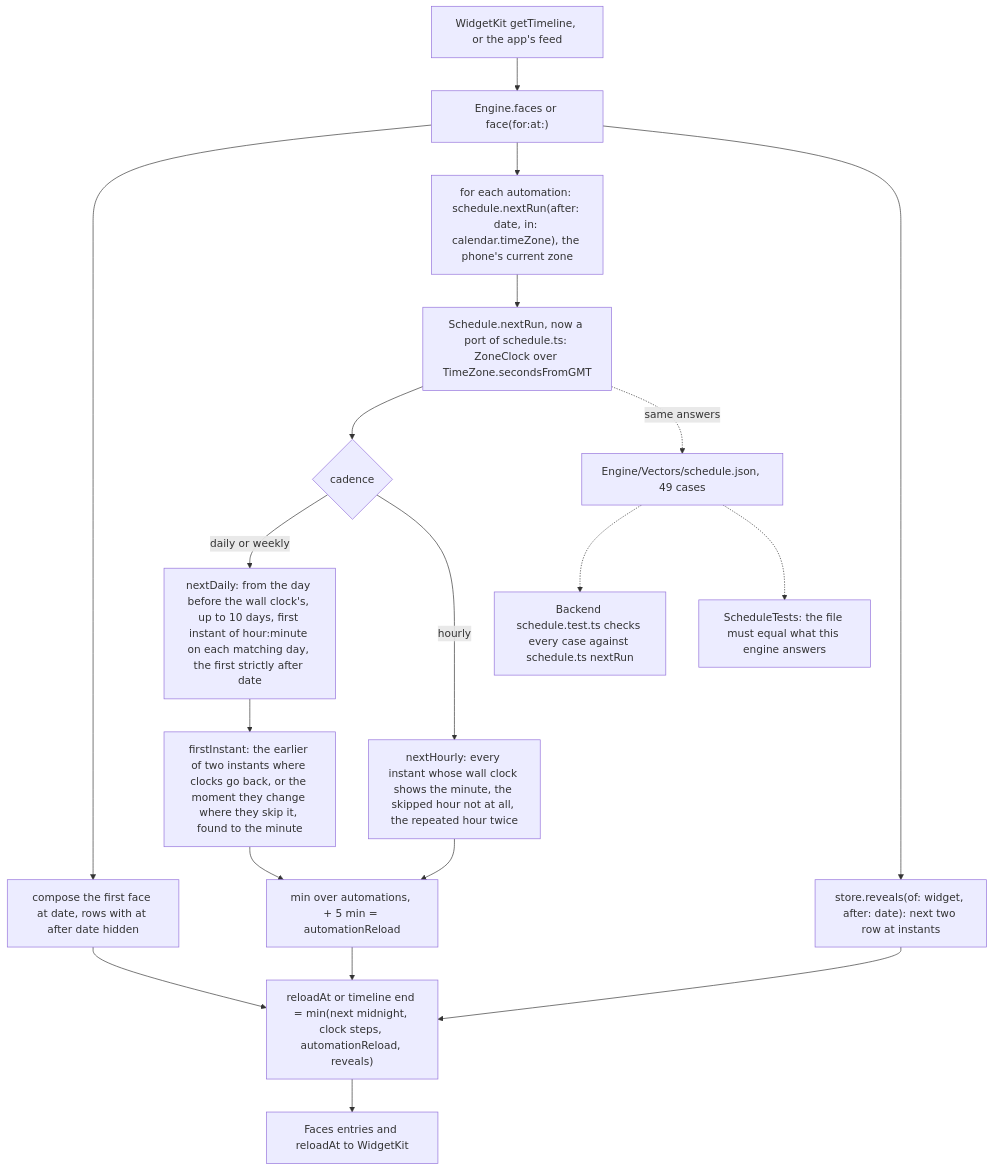
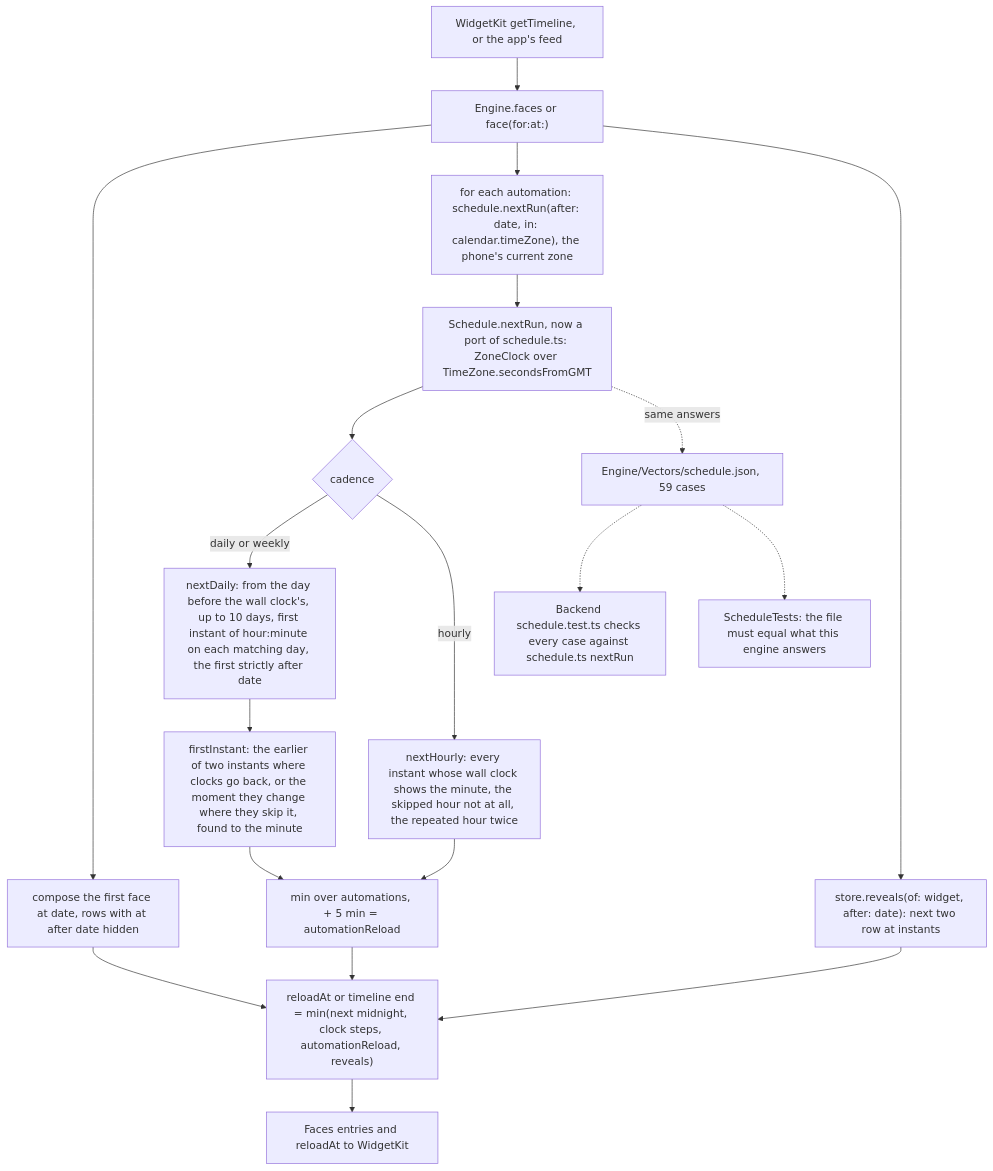
One commit to Krutik460/Widgie changed the fifth of 5 diagrams in docs/pr/25-phase-3-p3-runner.md. Above: the diagram before and after it, drawn with Mermaid. The commit also changed other lines of this file, not shown here.

Commit message:
Bring the PR 25 review guide up to the review fixes: one task of an automation at a time, attempts counted when a run starts, no lone surrogate on the wire, a written repeat, the scaled token cap, the sliced prune, and the new vectors

````diff
--- a/docs/pr/25-phase-3-p3-runner.md
+++ b/docs/pr/25-phase-3-p3-runner.md
@@ -247,21 +269,21 @@
 ```mermaid
 flowchart TD
   WK["WidgetKit getTimeline, or the app's feed"] --> F["Engine.faces or face(for:at:)"]
   F --> FIRST["compose the first face at date, rows with at after date hidden"]
   F --> AUTO["for each automation: schedule.nextRun(after: date, in: calendar.timeZone), the phone's current zone"]
   AUTO --> PORT["Schedule.nextRun, now a port of schedule.ts: ZoneClock over TimeZone.secondsFromGMT"]
   PORT --> CAD{"cadence"}
   CAD -->|"daily or weekly"| ND["nextDaily: from the day before the wall clock's, up to 10 days, first instant of hour:minute on each matching day, the first strictly after date"]
   ND --> FI["firstInstant: the earlier of two instants where clocks go back, or the moment they change where they skip it, found to the minute"]
   CAD -->|"hourly"| NH["nextHourly: every instant whose wall clock shows the minute, the skipped hour not at all, the repeated hour twice"]
   FI --> MIN["min over automations, + 5 min = automationReload"]
   NH --> MIN
   F --> REV["store.reveals(of: widget, after: date): next two row at instants"]
   MIN --> END["reloadAt or timeline end = min(next midnight, clock steps, automationReload, reveals)"]
   REV --> END
   FIRST --> END
   END --> OUT["Faces entries and reloadAt to WidgetKit"]
-  PORT -.->|"same answers"| VEC["Engine/Vectors/schedule.json, 49 cases"]
+  PORT -.->|"same answers"| VEC["Engine/Vectors/schedule.json, 59 cases"]
   VEC -.-> TS["Backend schedule.test.ts checks every case against schedule.ts nextRun"]
   VEC -.-> ST["ScheduleTests: the file must equal what this engine answers"]
 ```
````
